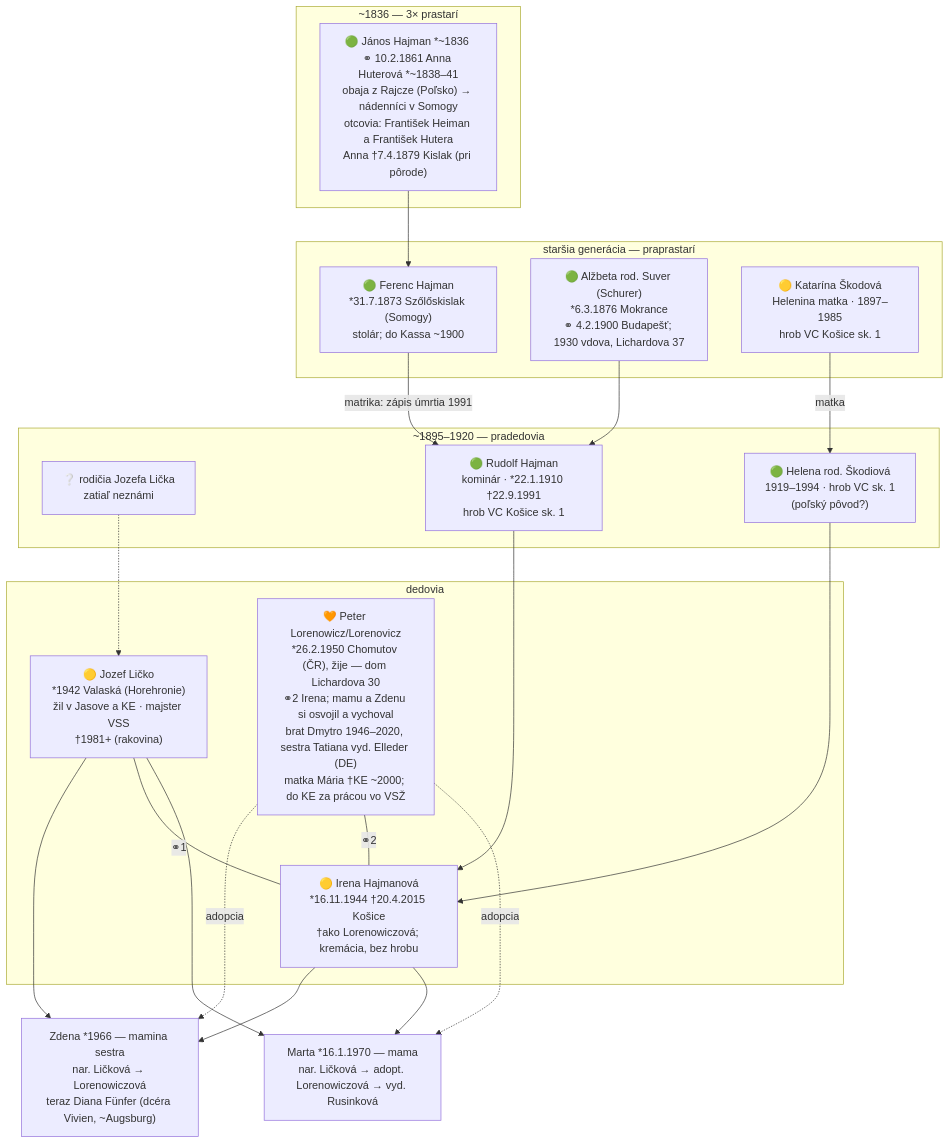
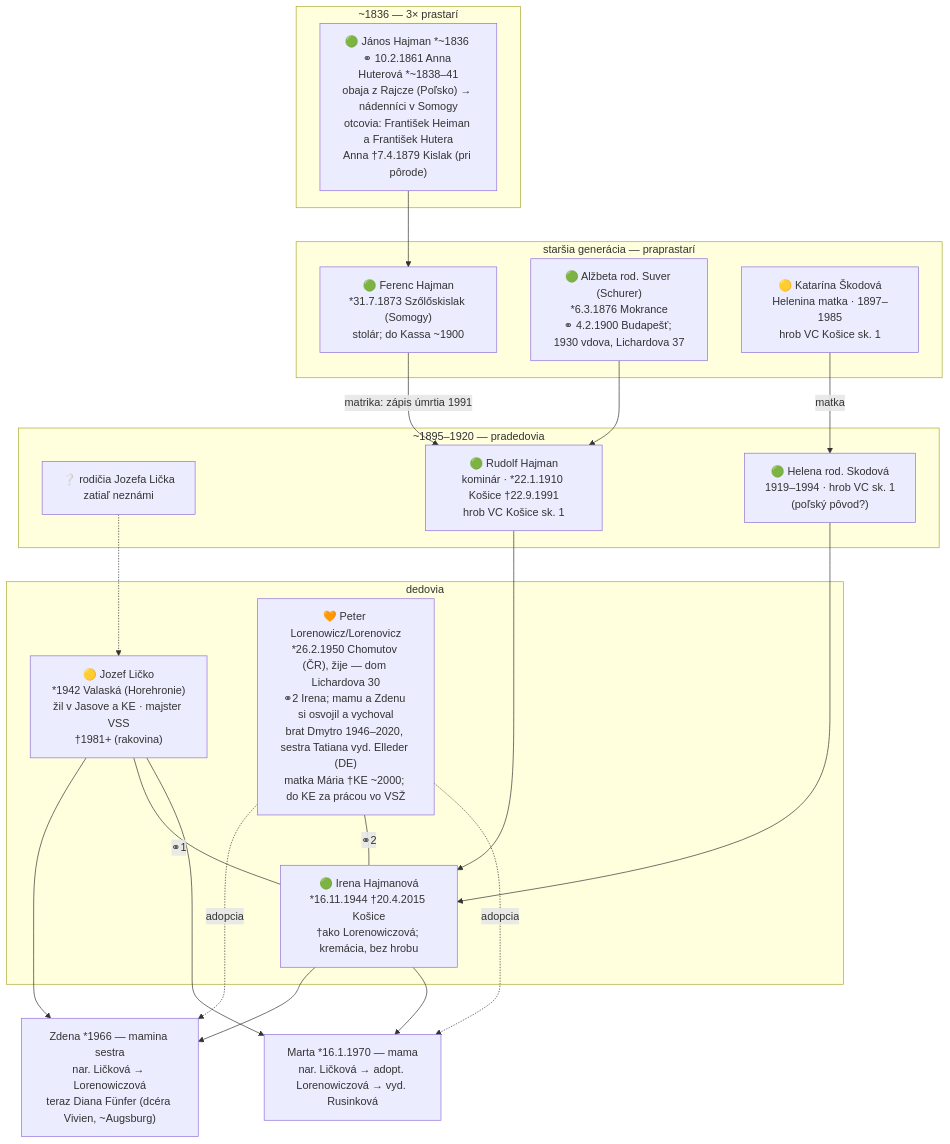
Before and after one commit to vrusi/genealogia: the second of 6 diagrams in docs/rodokmen.md, drawn with Mermaid. The commit also changed other lines of this file and 8 other files, not shown here.

Commit message:
Web: doklady z matriky 17.8. - Irena potvrdena, Rudolf nar. Kosice, Helena rod. Skodova; panel stavu aktualizovany

````diff
--- a/docs/rodokmen.md
+++ b/docs/rodokmen.md
@@ -102,39 +102,39 @@
 ```mermaid
 graph TD
   subgraph mgen5["~1836 — 3× prastarí"]
     JHAH["🟢 János Hajman *~1836 ⚭ 10.2.1861 Anna Huterová *~1838–41<br>obaja z Rajcze (Poľsko) → nádenníci v Somogy<br>otcovia: František Heiman a František Hutera<br>Anna †7.4.1879 Kislak (pri pôrode)"]
   end
   subgraph mgen4["staršia generácia — praprastarí"]
     FH["🟢 Ferenc Hajman<br>*31.7.1873 Szőlőskislak (Somogy)<br>stolár; do Kassa ~1900"]
     ASch["🟢 Alžbeta rod. Suver (Schurer)<br>*6.3.1876 Mokrance<br>⚭ 4.2.1900 Budapešť; 1930 vdova, Lichardova 37"]
     KS["🟡 Katarína Škodová<br>Helenina matka · 1897–1985<br>hrob VC Košice sk. 1"]
   end
   subgraph mgen3["~1895–1920 — pradedovia"]
     LX["❔ rodičia Jozefa Lička<br>zatiaľ neznámi"]
-    RH["🟢 Rudolf Hajman<br>kominár · *22.1.1910 †22.9.1991<br>hrob VC Košice sk. 1"]
-    HS["🟢 Helena rod. Škodiová<br>1919–1994 · hrob VC sk. 1<br>(poľský pôvod?)"]
+    RH["🟢 Rudolf Hajman<br>kominár · *22.1.1910 Košice †22.9.1991<br>hrob VC Košice sk. 1"]
+    HS["🟢 Helena rod. Skodová<br>1919–1994 · hrob VC sk. 1<br>(poľský pôvod?)"]
   end
   subgraph mgen2["dedovia"]
     JL["🟡 Jozef Ličko<br>*1942 Valaská (Horehronie)<br>žil v Jasove a KE · majster VSS<br>†1981+ (rakovina)"]
-    IH["🟡 Irena Hajmanová<br>*16.11.1944 †20.4.2015 Košice<br>†ako Lorenowiczová; kremácia, bez hrobu"]
+    IH["🟢 Irena Hajmanová<br>*16.11.1944 †20.4.2015 Košice<br>†ako Lorenowiczová; kremácia, bez hrobu"]
     PL["🧡 Peter Lorenowicz/Lorenovicz<br>*26.2.1950 Chomutov (ČR), žije — dom Lichardova 30<br>⚭2 Irena; mamu a Zdenu si osvojil a vychoval<br>brat Dmytro 1946–2020, sestra Tatiana vyd. Elleder (DE)<br>matka Mária †KE ~2000; do KE za prácou vo VSŽ"]
   end
   ML["Marta *16.1.1970 — mama<br>nar. Ličková → adopt. Lorenowiczová → vyd. Rusinková"]
   ZD["Zdena *1966 — mamina sestra<br>nar. Ličková → Lorenowiczová<br>teraz Diana Fünfer (dcéra Vivien, ~Augsburg)"]
 
   JHAH --> FH
   FH -->|matrika: zápis úmrtia 1991| RH
   ASch --> RH
   KS -->|matka| HS
   JL --> ZD
   IH --> ZD
   PL -.->|adopcia| ZD
   LX -.-> JL
   RH --> IH
   HS --> IH
   JL ---|⚭1| IH
   PL ---|⚭2| IH
   JL --> ML
   IH --> ML
   PL -.->|adopcia| ML
 ```
````
